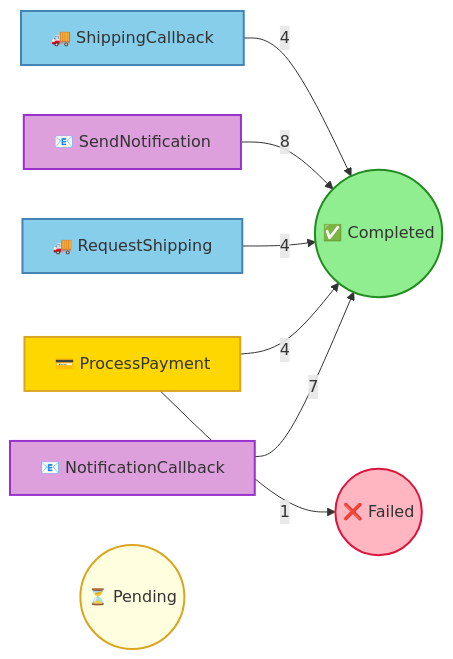
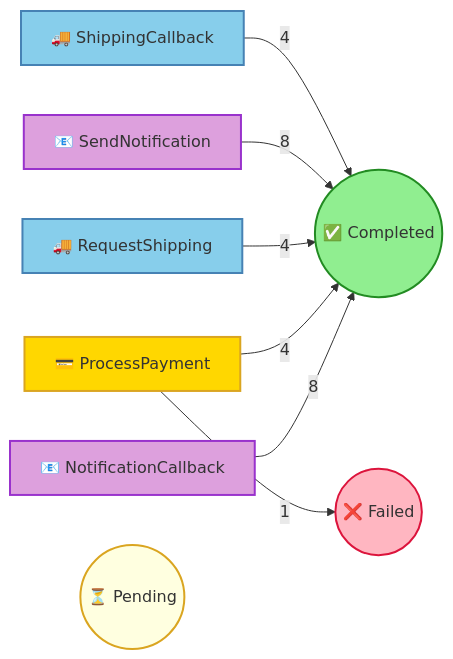
Before and after one commit to Iterable/mechanoid: the diagram in docs/visualizations/command-queue.md, drawn with Mermaid. The commit also changed other lines of this file and 6 other files, not shown here.

````diff
--- a/docs/visualizations/command-queue.md
+++ b/docs/visualizations/command-queue.md
@@ -15,29 +15,29 @@
 ```mermaid
 flowchart LR
     cmd0["📧 NotificationCallback"]
     cmd1["💳 ProcessPayment"]
     cmd2["🚚 RequestShipping"]
     cmd3["📧 SendNotification"]
     cmd4["🚚 ShippingCallback"]
 
     completed(("✅ Completed"))
     failed(("❌ Failed"))
     pending(("⏳ Pending"))
 
     style completed fill:#90EE90,stroke:#228B22,stroke-width:2px
     style failed fill:#FFB6C1,stroke:#DC143C,stroke-width:2px
     style pending fill:#FFFFE0,stroke:#DAA520,stroke-width:2px
 
     style cmd0 fill:#DDA0DD,stroke:#9932CC,stroke-width:2px
     style cmd1 fill:#FFD700,stroke:#DAA520,stroke-width:2px
     style cmd2 fill:#87CEEB,stroke:#4682B4,stroke-width:2px
     style cmd3 fill:#DDA0DD,stroke:#9932CC,stroke-width:2px
     style cmd4 fill:#87CEEB,stroke:#4682B4,stroke-width:2px
 
-    cmd0 -->|7| completed
+    cmd0 -->|8| completed
     cmd1 -->|4| completed
     cmd1 -->|1| failed
     cmd2 -->|4| completed
     cmd3 -->|8| completed
     cmd4 -->|4| completed
 ```
````
